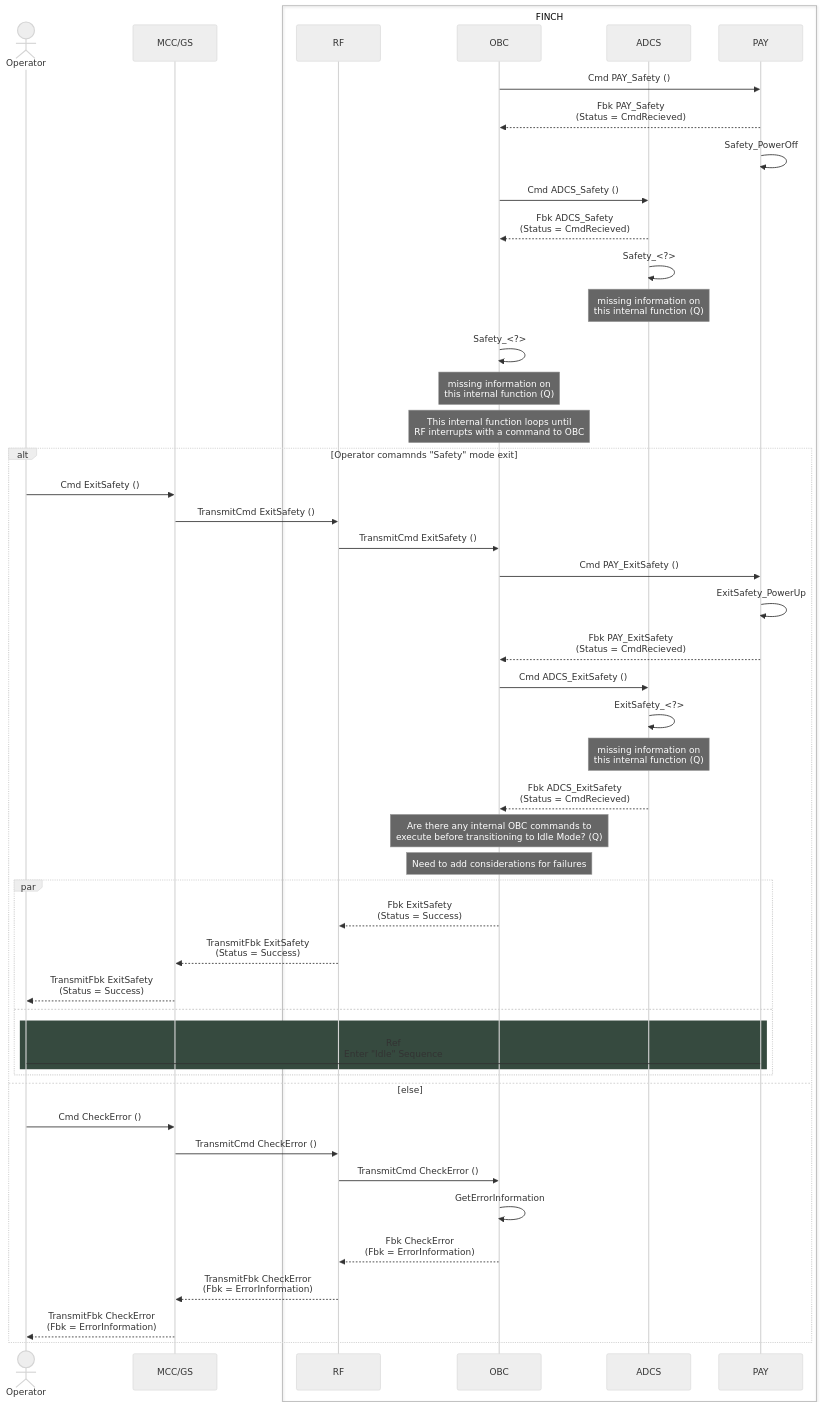
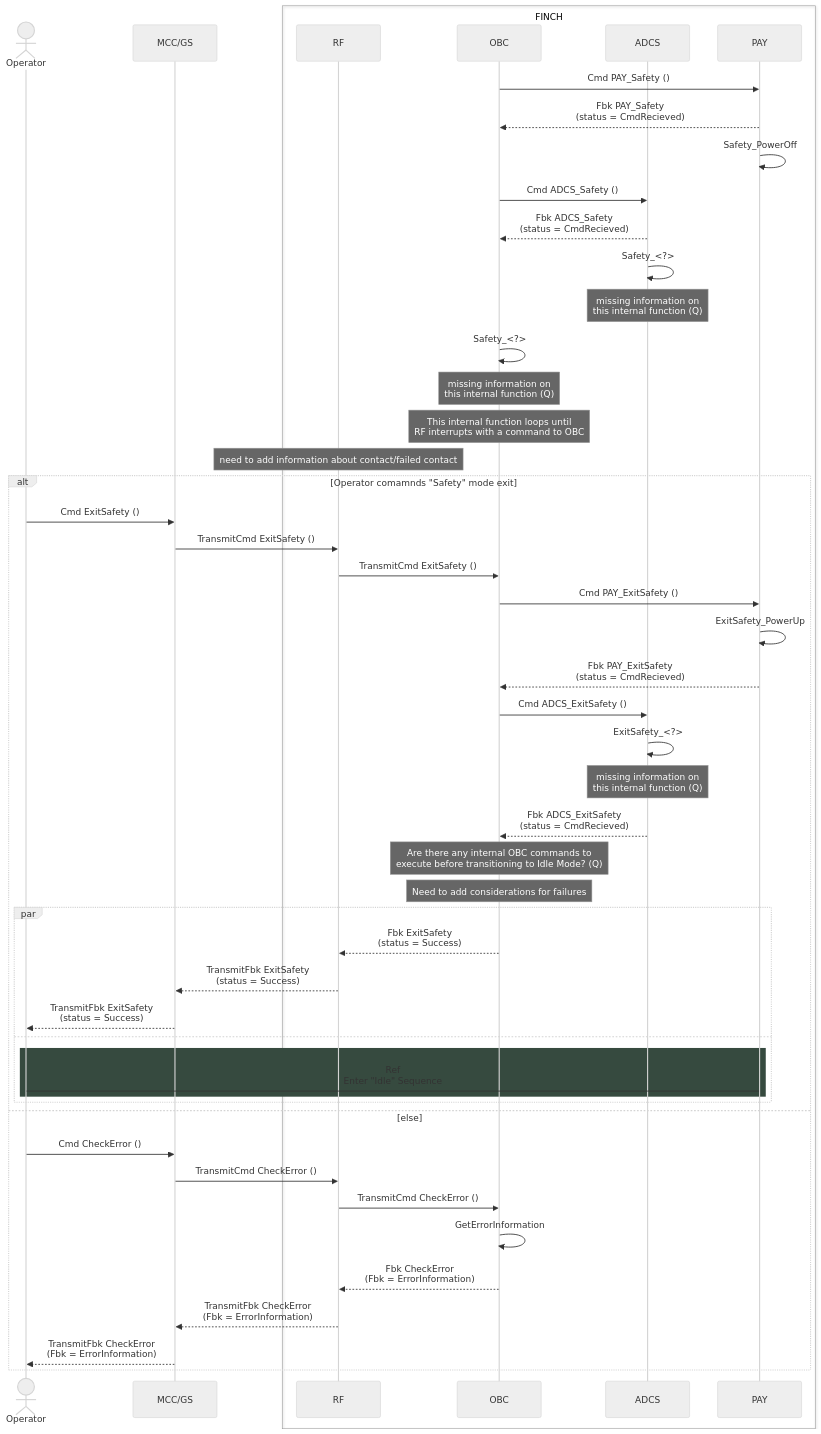
The diagram in command sequences/safety-command.md (Addy-lit/FINCH-system-architecture), drawn with Mermaid (neutral theme) before and after one commit.

````diff
--- a/command sequences/safety-command.md
+++ b/command sequences/safety-command.md
@@ -2,62 +2,62 @@
 ```mermaid
 sequenceDiagram
     Actor Operator
     participant MCC/GS
     box FINCH
 	participant RF
-    participant OBC
-    participant ADCS
-    participant PAY
+    	participant OBC
+    	participant ADCS
+    	participant PAY
 	end
 
     OBC ->> PAY: Cmd PAY_Safety ()
-    PAY -->> OBC: Fbk PAY_Safety <br> (Status = CmdRecieved)
+    PAY -->> OBC: Fbk PAY_Safety <br> (status = CmdRecieved)
     PAY ->> PAY: Safety_PowerOff
   
     OBC ->> ADCS: Cmd ADCS_Safety ()
-    ADCS -->> OBC: Fbk ADCS_Safety <br> (Status = CmdRecieved)
+    ADCS -->> OBC: Fbk ADCS_Safety <br> (status = CmdRecieved)
     ADCS ->> ADCS: Safety_<?>
     note over ADCS: missing information on <br> this internal function (Q)
 
 
     OBC ->> OBC: Safety_<?>
     note over OBC: missing information on <br> this internal function (Q)
     note over OBC: This internal function loops until <br> RF interrupts with a command to OBC
 	
-	
+	note over RF: need to add information about contact/failed contact
 	alt Operator comamnds "Safety" mode exit
         Operator ->> MCC/GS: Cmd ExitSafety ()
 	MCC/GS ->> RF: TransmitCmd ExitSafety ()
 	RF ->> OBC: TransmitCmd ExitSafety ()
 
         OBC ->> PAY: Cmd PAY_ExitSafety ()
         PAY ->> PAY: ExitSafety_PowerUp
-        PAY -->> OBC: Fbk PAY_ExitSafety <br> (Status = CmdRecieved)
+        PAY -->> OBC: Fbk PAY_ExitSafety <br> (status = CmdRecieved)
   
         OBC ->> ADCS: Cmd ADCS_ExitSafety ()
         ADCS ->> ADCS: ExitSafety_<?>
         note over ADCS: missing information on <br> this internal function (Q)
-        ADCS -->> OBC: Fbk ADCS_ExitSafety <br> (Status = CmdRecieved)
+        ADCS -->> OBC: Fbk ADCS_ExitSafety <br> (status = CmdRecieved)
 
 		note over OBC: Are there any internal OBC commands to <br> execute before transitioning to Idle Mode? (Q)
 		note over OBC: Need to add considerations for failures
 
 		par
-			OBC -->> RF: Fbk ExitSafety <br> (Status = Success)
-			RF -->> MCC/GS: TransmitFbk ExitSafety <br> (Status = Success)
-			MCC/GS -->> Operator: TransmitFbk ExitSafety <br> (Status = Success)
+			OBC -->> RF: Fbk ExitSafety <br> (status = Success)
+			RF -->> MCC/GS: TransmitFbk ExitSafety <br> (status = Success)
+			MCC/GS -->> Operator: TransmitFbk ExitSafety <br> (status = Success)
 		and
 			rect rgb(54,74,63)
 				Operator -> PAY: Ref <br/> Enter "Idle" Sequence
 			end
 		end
 	else else
 		Operator ->> MCC/GS: Cmd CheckError ()
 		MCC/GS ->> RF: TransmitCmd CheckError ()
 		RF ->> OBC: TransmitCmd CheckError ()
 		OBC ->> OBC: GetErrorInformation
 		OBC -->> RF: Fbk CheckError <br> (Fbk = ErrorInformation)
 		RF -->> MCC/GS: TransmitFbk CheckError <br> (Fbk = ErrorInformation)
 		MCC/GS -->> Operator: TransmitFbk CheckError <br> (Fbk = ErrorInformation)
 	end
 ```
````
